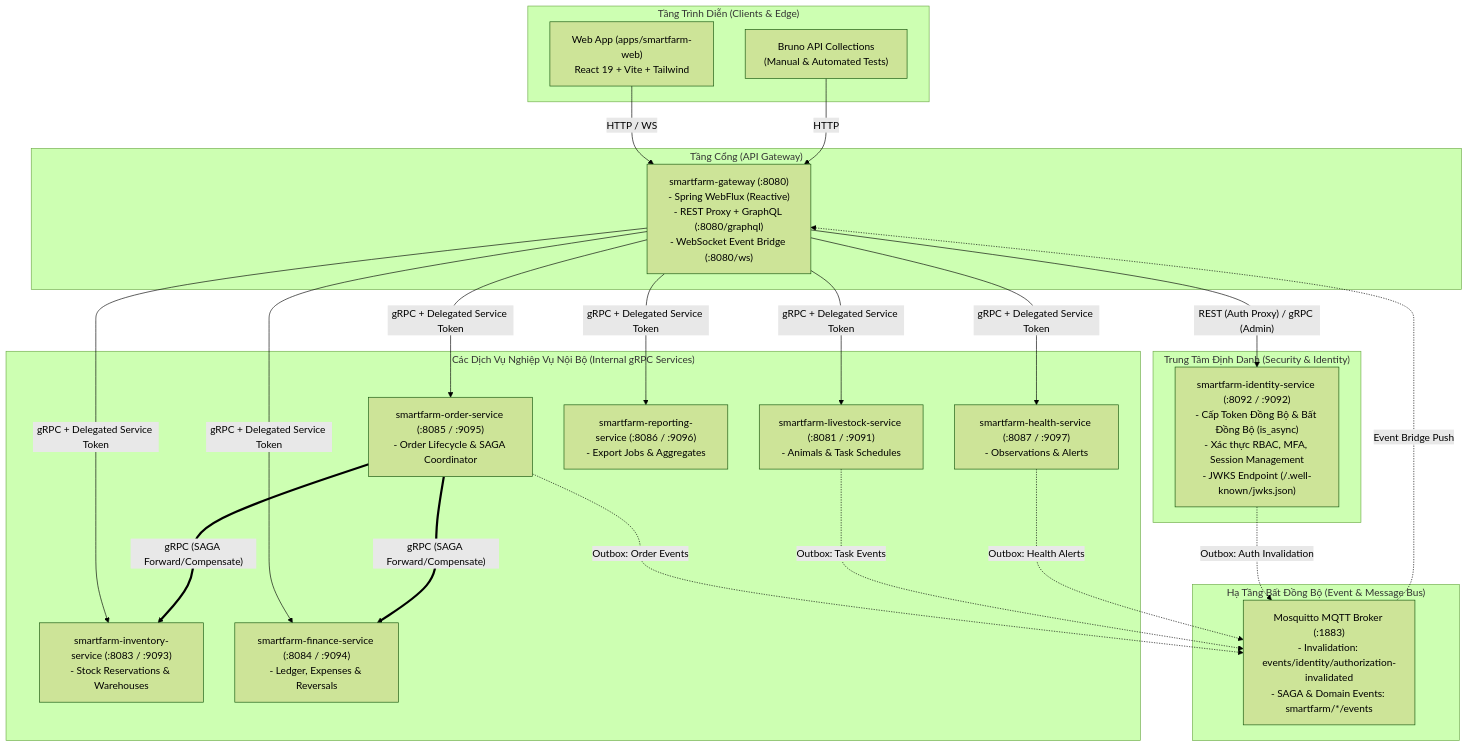
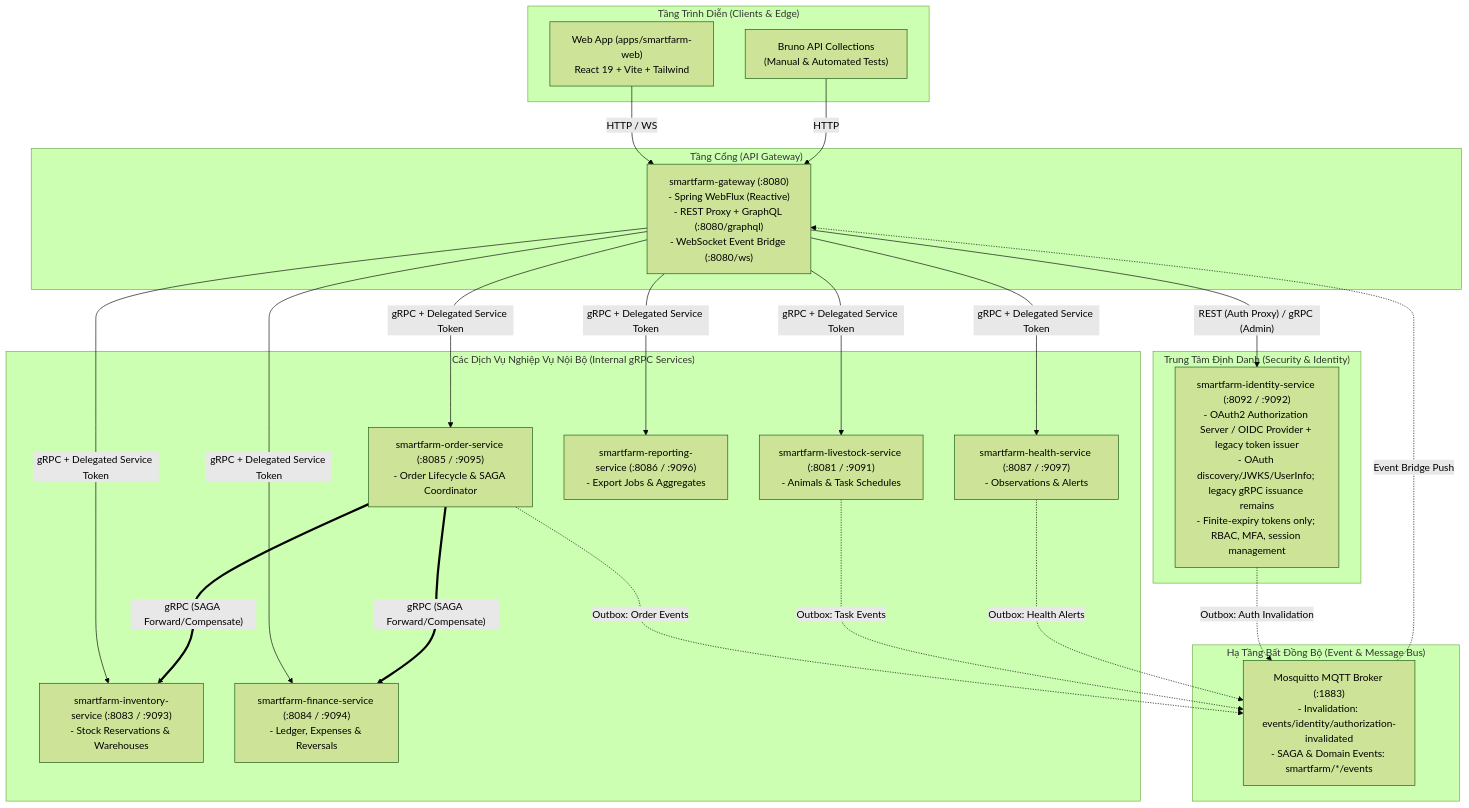
Before and after one commit to hatrongvu13/smartfarm-platform-maven-starter: the first of 2 diagrams in docs/architecture/system-overview.md, drawn with Mermaid (forest theme). The commit also changed other lines of this file and 80 other files, not shown here.

Commit message:
complete identity service

````diff
--- a/docs/architecture/system-overview.md
+++ b/docs/architecture/system-overview.md
@@ -10,52 +10,52 @@
 ```mermaid
 flowchart TD
     subgraph Clients["Tầng Trình Diễn (Clients & Edge)"]
         Web["Web App (apps/smartfarm-web)\nReact 19 + Vite + Tailwind"]
         Bruno["Bruno API Collections\n(Manual & Automated Tests)"]
     end
 
     subgraph EdgeIngress["Tầng Cổng (API Gateway)"]
         GW["smartfarm-gateway (:8080)\n- Spring WebFlux (Reactive)\n- REST Proxy + GraphQL (:8080/graphql)\n- WebSocket Event Bridge (:8080/ws)"]
     end
 
     subgraph SecurityHub["Trung Tâm Định Danh (Security & Identity)"]
-        Identity["smartfarm-identity-service (:8092 / :9092)\n- Cấp Token Đồng Bộ & Bất Đồng Bộ (is_async)\n- Xác thực RBAC, MFA, Session Management\n- JWKS Endpoint (/.well-known/jwks.json)"]
+        Identity["smartfarm-identity-service (:8092 / :9092)\n- OAuth2 Authorization Server / OIDC Provider + legacy token issuer\n- OAuth discovery/JWKS/UserInfo; legacy gRPC issuance remains\n- Finite-expiry tokens only; RBAC, MFA, session management"]
     end
 
     subgraph BusinessServices["Các Dịch Vụ Nghiệp Vụ Nội Bộ (Internal gRPC Services)"]
         Order["smartfarm-order-service (:8085 / :9095)\n- Order Lifecycle & SAGA Coordinator"]
         Inv["smartfarm-inventory-service (:8083 / :9093)\n- Stock Reservations & Warehouses"]
         Fin["smartfarm-finance-service (:8084 / :9094)\n- Ledger, Expenses & Reversals"]
         Livestock["smartfarm-livestock-service (:8081 / :9091)\n- Animals & Task Schedules"]
         Health["smartfarm-health-service (:8087 / :9097)\n- Observations & Alerts"]
         Reporting["smartfarm-reporting-service (:8086 / :9096)\n- Export Jobs & Aggregates"]
     end
 
     subgraph EventMesh["Hạ Tầng Bất Đồng Bộ (Event & Message Bus)"]
         MQTT["Mosquitto MQTT Broker (:1883)\n- Invalidation: events/identity/authorization-invalidated\n- SAGA & Domain Events: smartfarm/*/events"]
     end
 
     %% Client calls
     Web -->|HTTP / WS| GW
     Bruno -->|HTTP| GW
 
     %% Gateway dispatch
     GW -->|"REST (Auth Proxy) / gRPC (Admin)"| Identity
     GW -->|"gRPC + Delegated Service Token"| Order
     GW -->|"gRPC + Delegated Service Token"| Inv
     GW -->|"gRPC + Delegated Service Token"| Fin
     GW -->|"gRPC + Delegated Service Token"| Livestock
     GW -->|"gRPC + Delegated Service Token"| Health
     GW -->|"gRPC + Delegated Service Token"| Reporting
 
     %% Inter-service calls (SAGA)
     Order ==>|"gRPC (SAGA Forward/Compensate)"| Inv
     Order ==>|"gRPC (SAGA Forward/Compensate)"| Fin
 
     %% Event Streams
     Identity -.->|"Outbox: Auth Invalidation"| MQTT
     Order -.->|"Outbox: Order Events"| MQTT
     Livestock -.->|"Outbox: Task Events"| MQTT
     Health -.->|"Outbox: Health Alerts"| MQTT
     MQTT -.->|"Event Bridge Push"| GW
 ```
````
